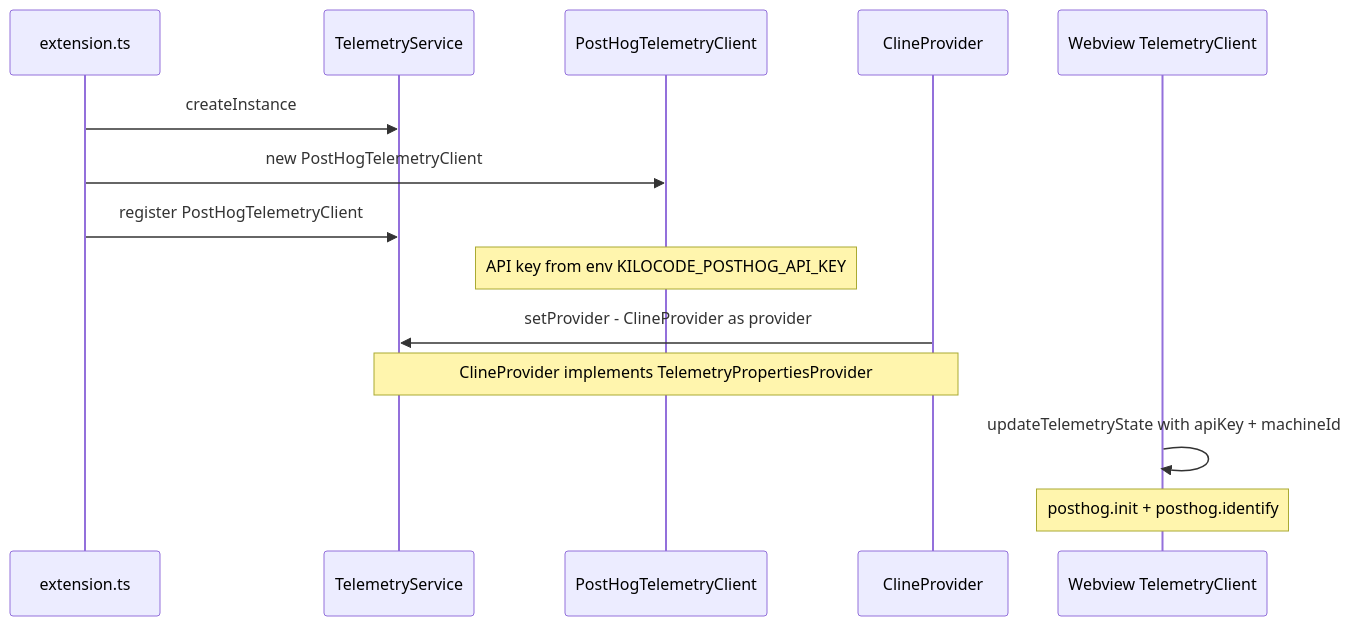
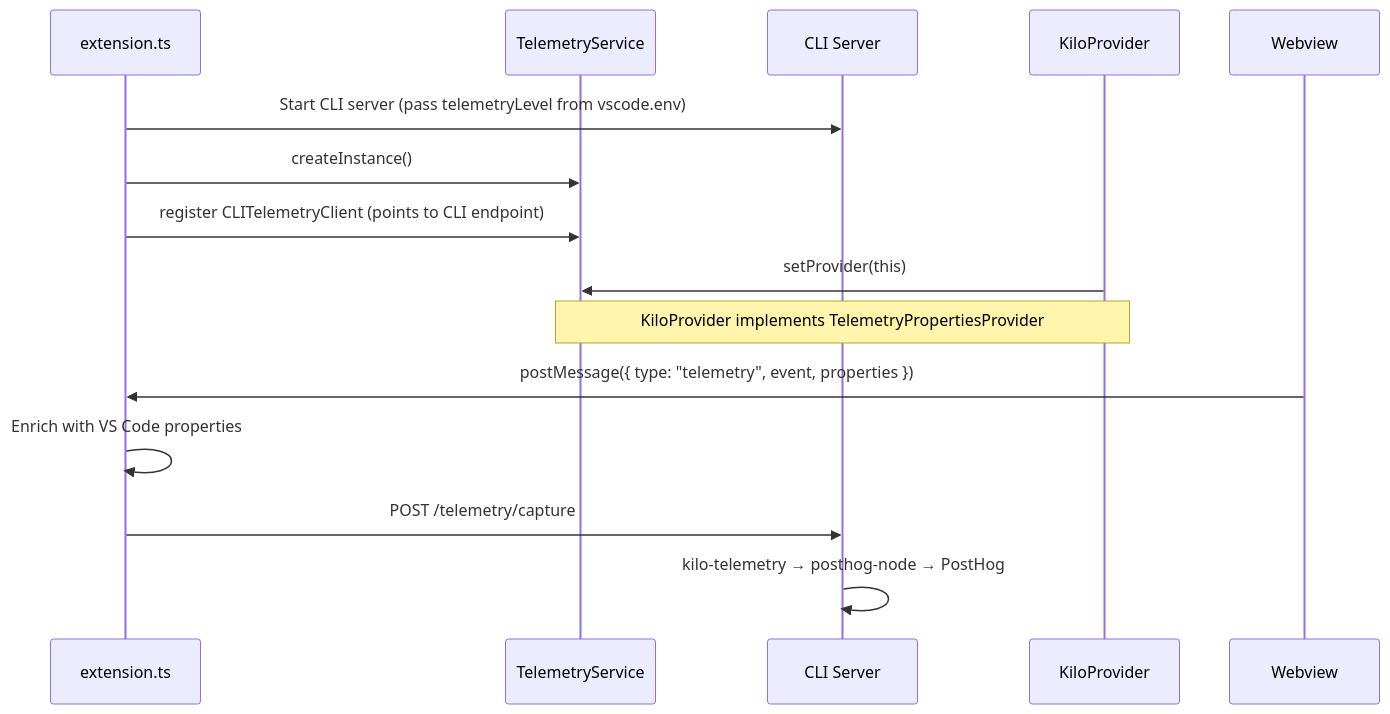
The second of 2 diagrams in packages/kilo-vscode/docs/non-agent-features/telemetry.md (village-way/kilocode), drawn with Mermaid before and after one commit. The commit also changed other lines of this file, not shown here.

Commit message:
docs: update telemetry plan for new extension architecture

````diff
--- a/packages/kilo-vscode/docs/non-agent-features/telemetry.md
+++ b/packages/kilo-vscode/docs/non-agent-features/telemetry.md
@@ -72,17 +95,18 @@
 ```mermaid
 sequenceDiagram
     participant Ext as extension.ts
     participant TS as TelemetryService
-    participant PH as PostHogTelemetryClient
-    participant CP as ClineProvider
-    participant WV as Webview TelemetryClient
+    participant CLI as CLI Server
+    participant KP as KiloProvider
+    participant WV as Webview
 
-    Ext->>TS: createInstance
-    Ext->>PH: new PostHogTelemetryClient
-    Ext->>TS: register PostHogTelemetryClient
-    Note over PH: API key from env KILOCODE_POSTHOG_API_KEY
-    CP->>TS: setProvider - ClineProvider as provider
-    Note over TS,CP: ClineProvider implements TelemetryPropertiesProvider
-    WV->>WV: updateTelemetryState with apiKey + machineId
-    Note over WV: posthog.init + posthog.identify
+    Ext->>CLI: Start CLI server (pass telemetryLevel from vscode.env)
+    Ext->>TS: createInstance()
+    Ext->>TS: register CLITelemetryClient (points to CLI endpoint)
+    KP->>TS: setProvider(this)
+    Note over TS,KP: KiloProvider implements TelemetryPropertiesProvider
+    WV->>Ext: postMessage({ type: "telemetry", event, properties })
+    Ext->>Ext: Enrich with VS Code properties
+    Ext->>CLI: POST /telemetry/capture
+    CLI->>CLI: kilo-telemetry → posthog-node → PostHog
 ```
````
